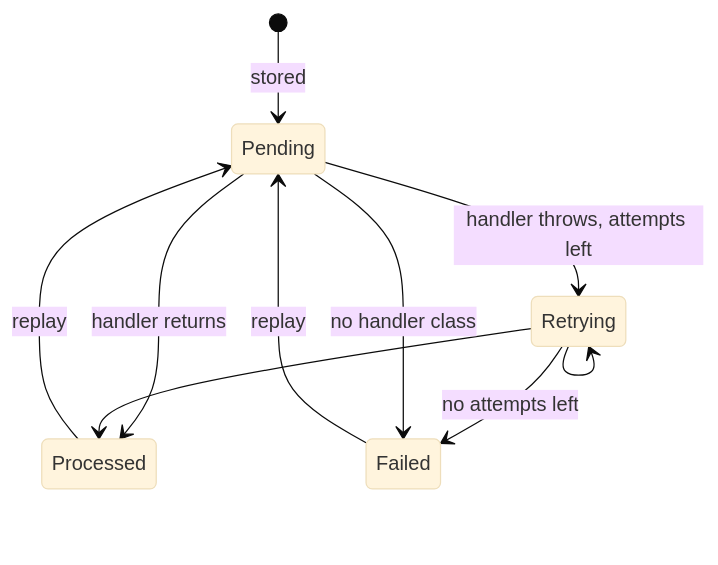
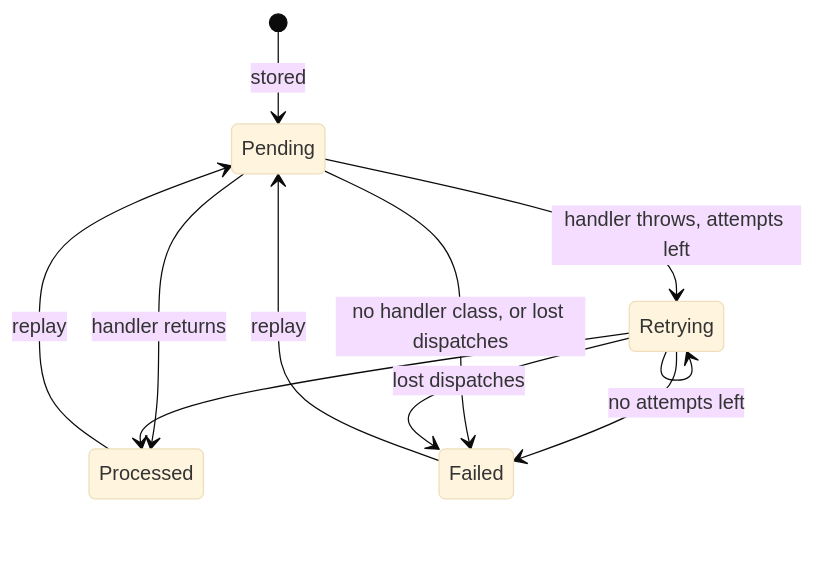
Before and after one commit to madmax983/hook: the second of 3 diagrams in docs/plans/2026-10-18-hook-design.md, drawn with Mermaid (base theme). The commit also changed other lines of this file and 40 other files, not shown here.

````diff
--- a/docs/plans/2026-10-18-hook-design.md
+++ b/docs/plans/2026-10-18-hook-design.md
@@ -132,12 +132,13 @@
 ```mermaid
 stateDiagram-v2
   [*] --> Pending: stored
   Pending --> Processed: handler returns
   Pending --> Retrying: handler throws, attempts left
   Retrying --> Processed
   Retrying --> Retrying
   Retrying --> Failed: no attempts left
-  Pending --> Failed: no handler class
+  Pending --> Failed: no handler class, or lost dispatches
+  Retrying --> Failed: lost dispatches
   Failed --> Pending: replay
   Processed --> Pending: replay
 ```
````
